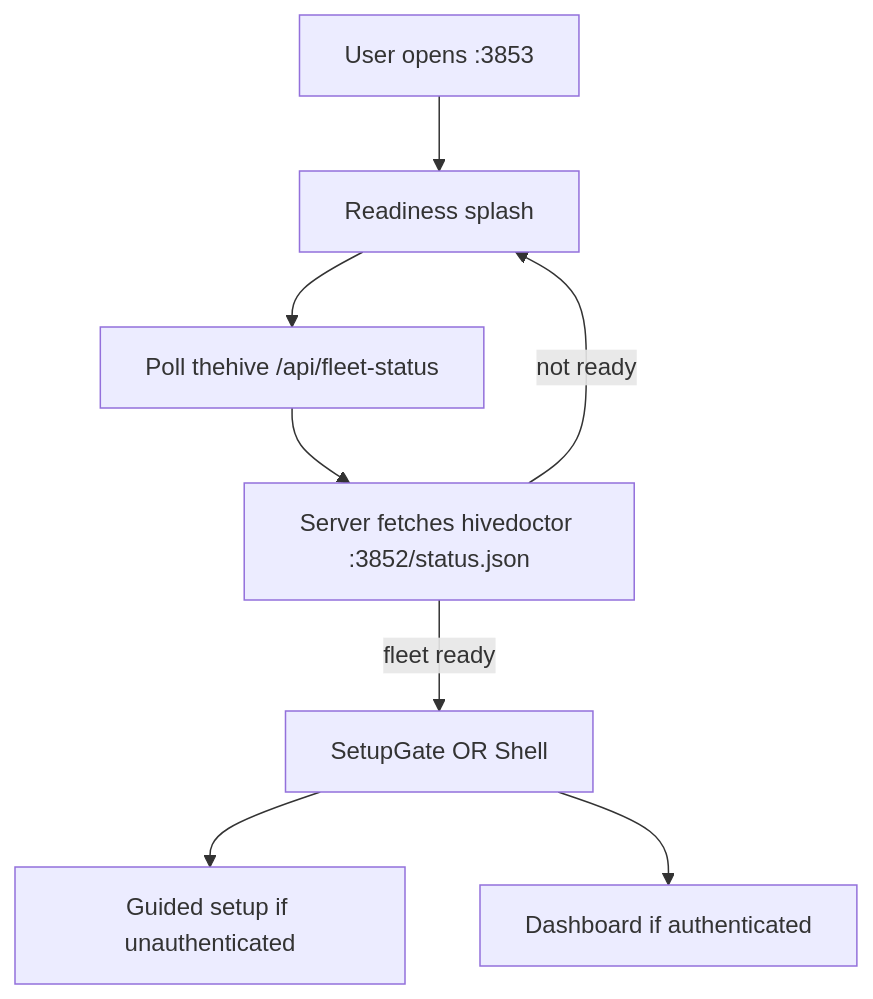
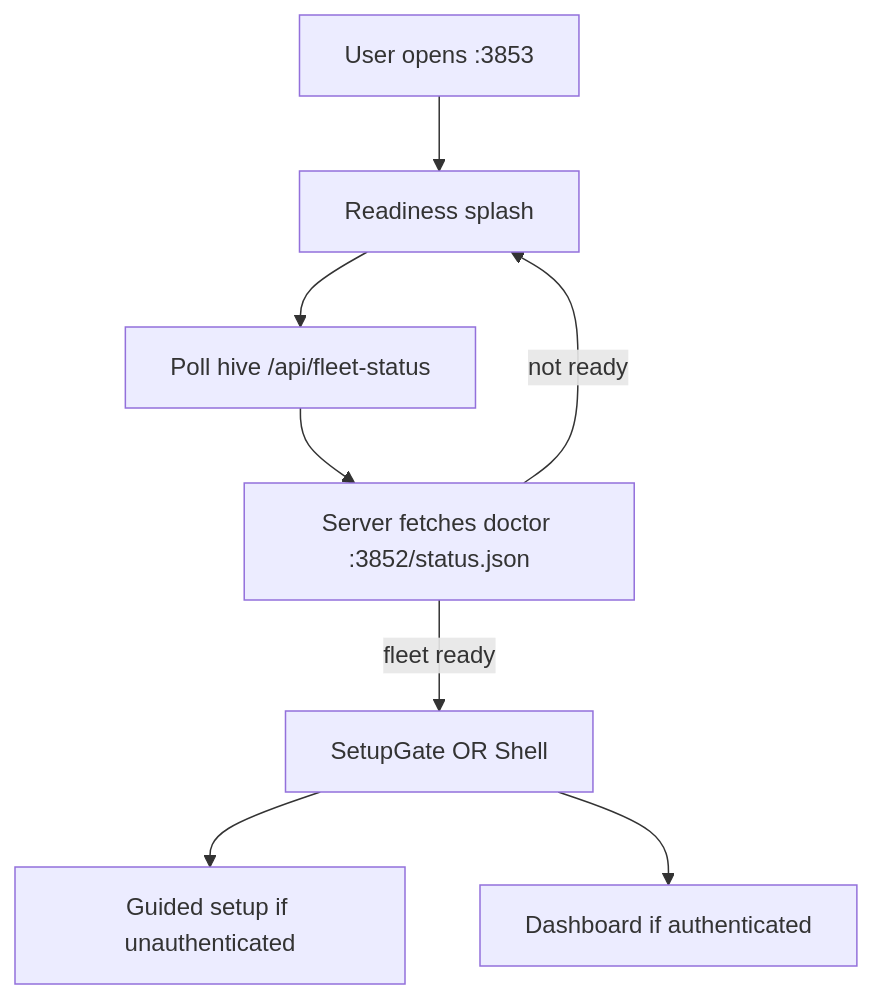
The diagram in library/knowledge/private/frontend/portal-readiness-splash.md (legioncodeinc/hive), drawn with Mermaid before and after one commit. The commit also changed other lines of this file and 107 other files, not shown here.

First line of the commit message:
feat!: global product rename per decision #35 (thehive -> hive, source graph -> hive graph)

````diff
--- a/library/knowledge/private/frontend/portal-readiness-splash.md
+++ b/library/knowledge/private/frontend/portal-readiness-splash.md
@@ -30,10 +30,10 @@
 ```mermaid
 flowchart TD
     open["User opens :3853"] --> splash["Readiness splash"]
-    splash --> poll["Poll thehive /api/fleet-status"]
-    poll --> proxy["Server fetches hivedoctor :3852/status.json"]
+    splash --> poll["Poll hive /api/fleet-status"]
+    poll --> proxy["Server fetches doctor :3852/status.json"]
     proxy -->|fleet ready| setupOrDash["SetupGate OR Shell"]
     proxy -->|not ready| splash
     setupOrDash --> setup["Guided setup if unauthenticated"]
     setupOrDash --> dash["Dashboard if authenticated"]
 ```
````
